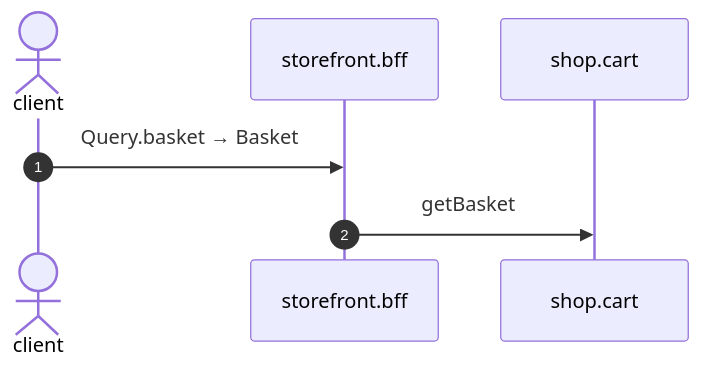
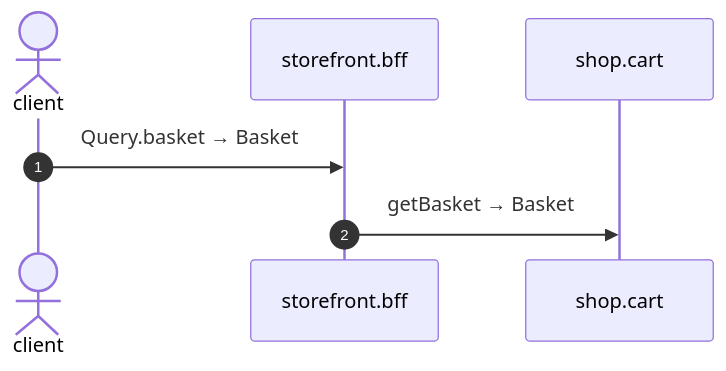
One commit to shortlink-org/portolan changed the diagram in docs/example/flows/bff-query-basket.md. Above: the diagram before and after it, drawn with Mermaid. The commit also changed other lines of this file and 47 other files, not shown here.

````diff
--- a/docs/example/flows/bff-query-basket.md
+++ b/docs/example/flows/bff-query-basket.md
@@ -21,9 +21,9 @@
 ```mermaid
 sequenceDiagram
     autonumber
     actor p0 as client
     participant p1 as storefront.bff
     participant p2 as shop.cart
     p0->>p1: Query.basket → Basket
-    p1->>p2: getBasket
+    p1->>p2: getBasket → Basket
 ```
````
